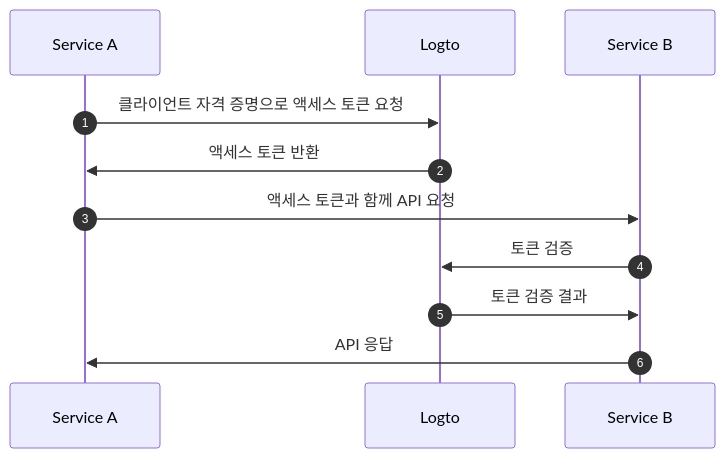
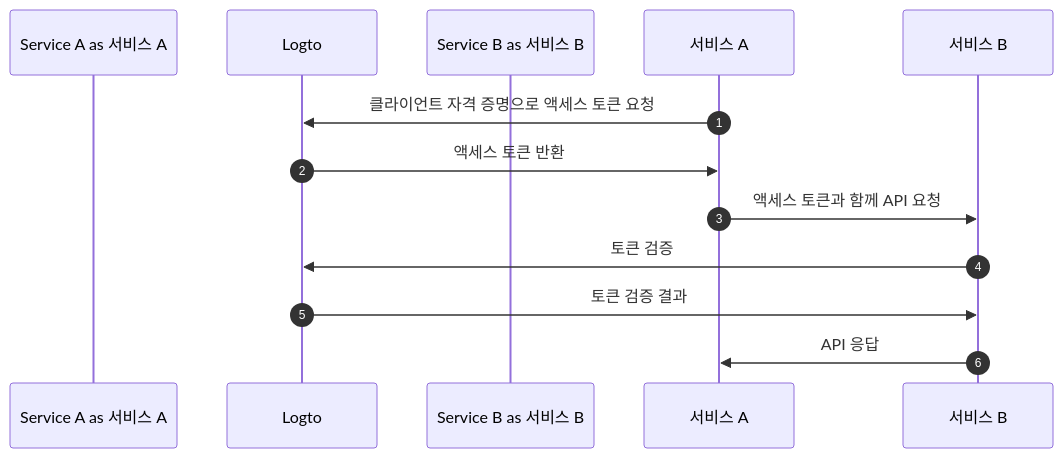
Before and after one commit to logto-io/docs: the second of 4 diagrams in i18n/ko/docusaurus-plugin-content-docs/current/integrate-logto/integrate-logto-into-your-application/understand-authentication-flow.mdx, drawn with Mermaid. The commit also changed other lines of this file and 44 other files, not shown here.

````diff
--- a/i18n/ko/docusaurus-plugin-content-docs/current/integrate-logto/integrate-logto-into-your-application/understand-authentication-flow.mdx
+++ b/i18n/ko/docusaurus-plugin-content-docs/current/integrate-logto/integrate-logto-into-your-application/understand-authentication-flow.mdx
@@ -42,14 +42,14 @@
 ```mermaid
 sequenceDiagram
     autonumber
-    participant Service A
+    participant Service A as 서비스 A
     participant Logto
-    participant Service B
+    participant Service B as 서비스 B
 
-    Service A->>Logto: 클라이언트 자격 증명으로 액세스 토큰 요청
-    Logto->>Service A: 액세스 토큰 반환
-    Service A->>Service B: 액세스 토큰과 함께 API 요청
-    Service B->>Logto: 토큰 검증
-    Logto->>Service B: 토큰 검증 결과
-    Service B->>Service A: API 응답
+    서비스 A->>Logto: 클라이언트 자격 증명으로 액세스 토큰 요청
+    Logto->>서비스 A: 액세스 토큰 반환
+    서비스 A->>서비스 B: 액세스 토큰과 함께 API 요청
+    서비스 B->>Logto: 토큰 검증
+    Logto->>서비스 B: 토큰 검증 결과
+    서비스 B->>서비스 A: API 응답
 ```
````
